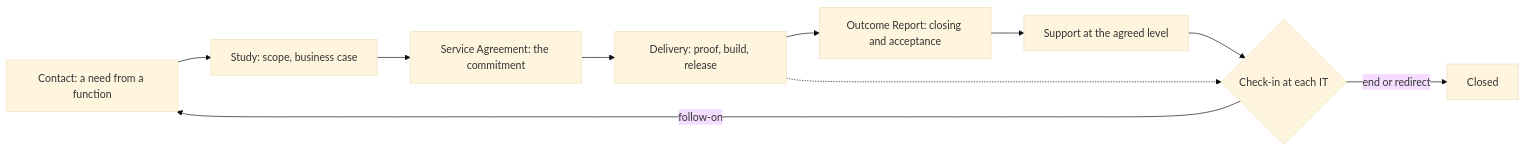
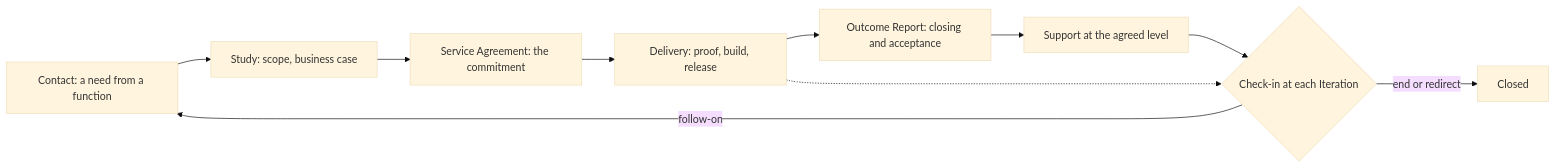
The diagram in charter/workflows/engagement.md (devhogu/ob-aicc), drawn with Mermaid (base theme) before and after one commit. The commit also changed other lines of this file and 63 other files, not shown here.

````diff
--- a/charter/workflows/engagement.md
+++ b/charter/workflows/engagement.md
@@ -15,12 +15,12 @@
 ```mermaid
 flowchart LR
   A["Contact: a need from a function"] --> B["Study: scope, business case"]
   B --> C["Service Agreement: the commitment"]
   C --> D["Delivery: proof, build, release"]
   D --> E["Outcome Report: closing and acceptance"]
   E --> F["Support at the agreed level"]
-  F --> G{"Check-in at each IT"}
+  F --> G{"Check-in at each Iteration"}
   G -->|follow-on| A
   G -->|end or redirect| H["Closed"]
   D -.-> G
 ```
````
